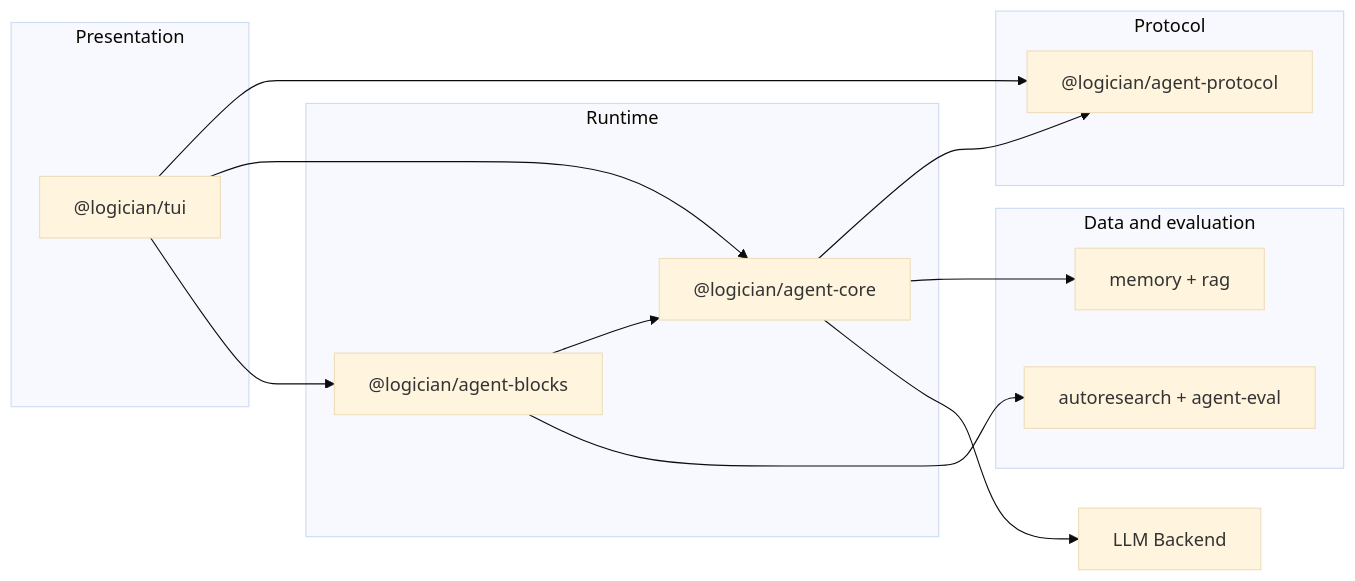
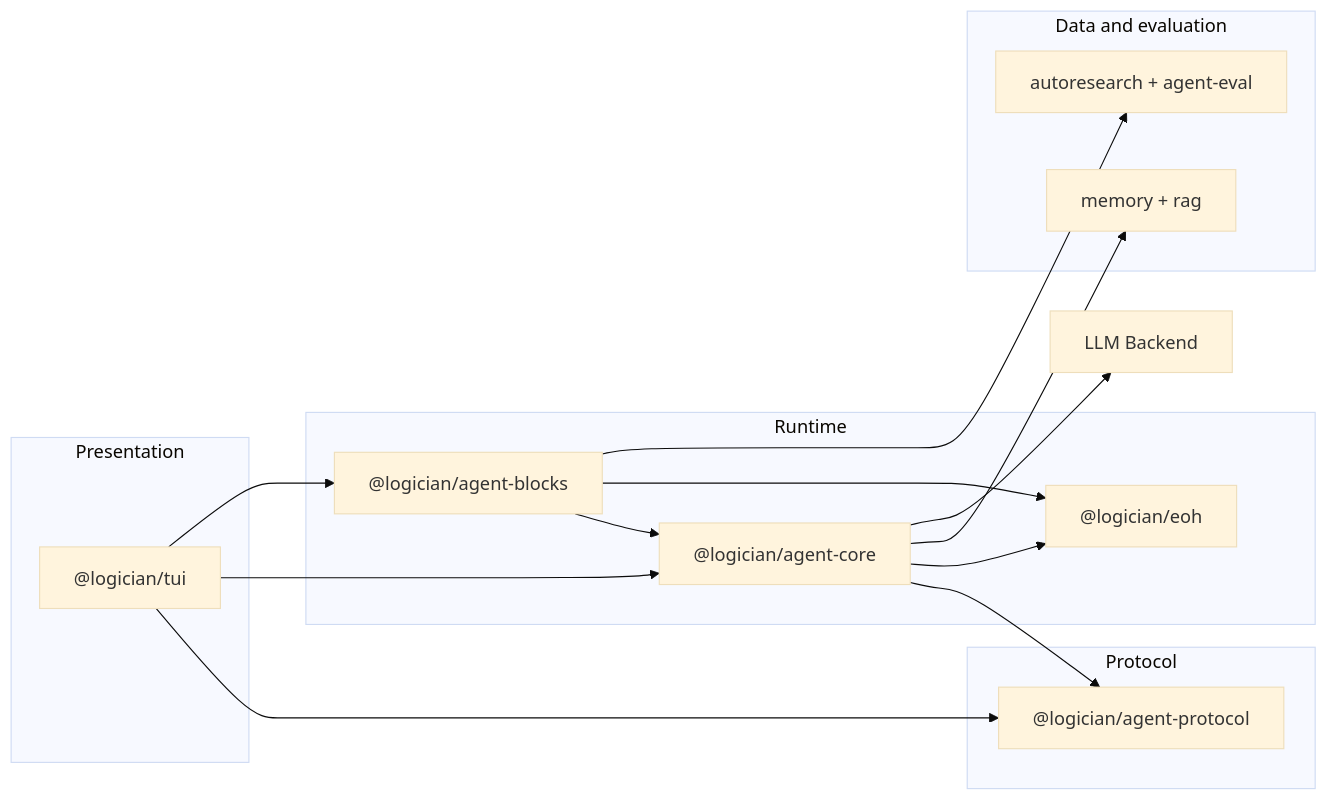
One commit to lseman/logician changed the first of 2 diagrams in docs/architecture/overview.md. Above: the diagram before and after it, drawn with Mermaid (base theme). The commit also changed other lines of this file and 20 other files, not shown here.

````diff
--- a/docs/architecture/overview.md
+++ b/docs/architecture/overview.md
@@ -12,25 +12,28 @@
 ```mermaid
 graph LR
   subgraph Presentation
     A["@logician/tui"]
   end
   subgraph Protocol
     P["@logician/agent-protocol"]
   end
   subgraph Runtime
     C["@logician/agent-core"]
     D["@logician/agent-blocks"]
+    H["@logician/eoh"]
   end
   subgraph DataAndEvaluation["Data and evaluation"]
     M["memory + rag"]
     E["autoresearch + agent-eval"]
   end
   A --> P
   A --> C
   C --> P
   D --> C
+  D --> H
+  C --> H
   A --> D
   C --> M
   D --> E
   C --> L[LLM Backend]
 ```
````
